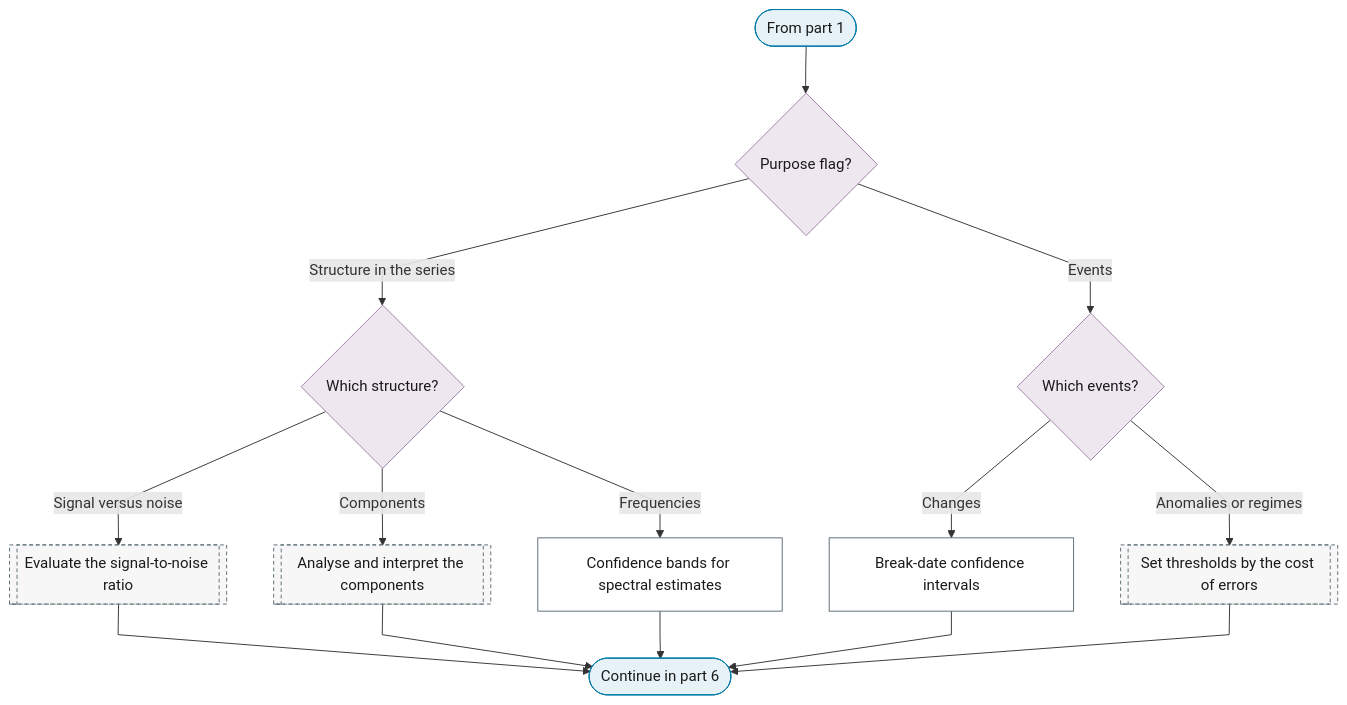
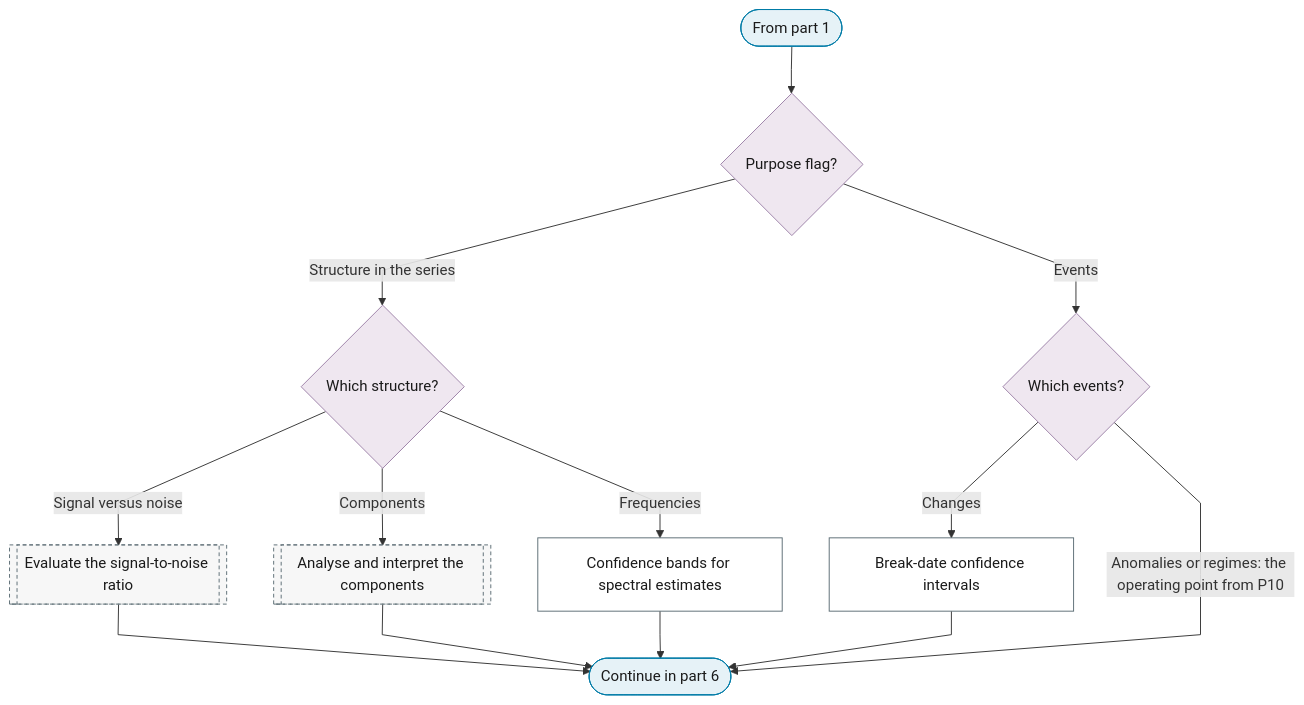
One commit to Shuxin-Y/time-series-analysis-manual changed the fourth of 6 diagrams in docs/01-workflow/p11-inference.md. Above: the diagram before and after it, drawn with Mermaid. The commit also changed 17 other files, not shown here.

First line of the commit message:
fix(charts): round-3 review fixes to seasonality, thresholds and branch flags

````diff
--- a/docs/01-workflow/p11-inference.md
+++ b/docs/01-workflow/p11-inference.md
@@ -104,25 +104,25 @@
 ```mermaid
 %%{init: {"flowchart": {"curve": "linear"}}}%%
 graph TD
     P11_PART_4_IN(["From part 1"]) --> P11_PURPOSE_4{"Purpose flag?"}
     P11_PURPOSE_4 -->|"Structure in the series"| P11_STRUCTURE{"Which structure?"}
     P11_PURPOSE_4 -->|"Events"| P11_EVENTS{"Which events?"}
     P11_STRUCTURE -->|"Signal versus noise"| P0_SE_SNR[["Evaluate the signal-to-noise ratio"]]
     P11_STRUCTURE -->|"Components"| P0_DC_COMPONENT_ANALYSIS[["Analyse and interpret the components"]]
     P11_STRUCTURE -->|"Frequencies"| P11_SPECTRAL_BANDS["Confidence bands for spectral estimates"]
     P11_EVENTS -->|"Changes"| P11_BREAK_DATE_CI["Break-date confidence intervals"]
-    P11_EVENTS -->|"Anomalies or regimes"| P0_AN_THRESHOLD[["Set thresholds by the cost of errors"]]
-    P0_SE_SNR & P0_DC_COMPONENT_ANALYSIS & P11_SPECTRAL_BANDS & P11_BREAK_DATE_CI & P0_AN_THRESHOLD --> P11_PART_4_OUT(["Continue in part 6"])
+    P11_EVENTS -->|"Anomalies or regimes: the operating point from P10"| P11_PART_4_OUT
+    P0_SE_SNR & P0_DC_COMPONENT_ANALYSIS & P11_SPECTRAL_BANDS & P11_BREAK_DATE_CI --> P11_PART_4_OUT(["Continue in part 6"])
     class P11_PART_4_IN,P11_PART_4_OUT terminator
     class P11_PURPOSE_4,P11_STRUCTURE,P11_EVENTS decision
     class P11_SPECTRAL_BANDS,P11_BREAK_DATE_CI process
-    class P0_SE_SNR,P0_DC_COMPONENT_ANALYSIS,P0_AN_THRESHOLD ref
+    class P0_SE_SNR,P0_DC_COMPONENT_ANALYSIS ref
     classDef terminator fill:#E6F2F7,stroke:#007BA7,color:#1A1A1A;
     classDef process fill:#FFFFFF,stroke:#5A6B73,color:#1A1A1A;
     classDef decision fill:#EFE7F0,stroke:#9B7FA7,color:#1A1A1A;
     classDef data fill:#FFF4E0,stroke:#C9A55E,color:#1A1A1A;
     classDef good fill:#DCEFD8,stroke:#4A7A3F,color:#1A1A1A;
     classDef escalate fill:#FFE9C2,stroke:#C9A55E,color:#1A1A1A;
     classDef problem fill:#F2D9DE,stroke:#800020,color:#1A1A1A;
     classDef ref fill:#F7F7F7,stroke:#5A6B73,color:#1A1A1A,stroke-dasharray:4 3;
 ```
````
